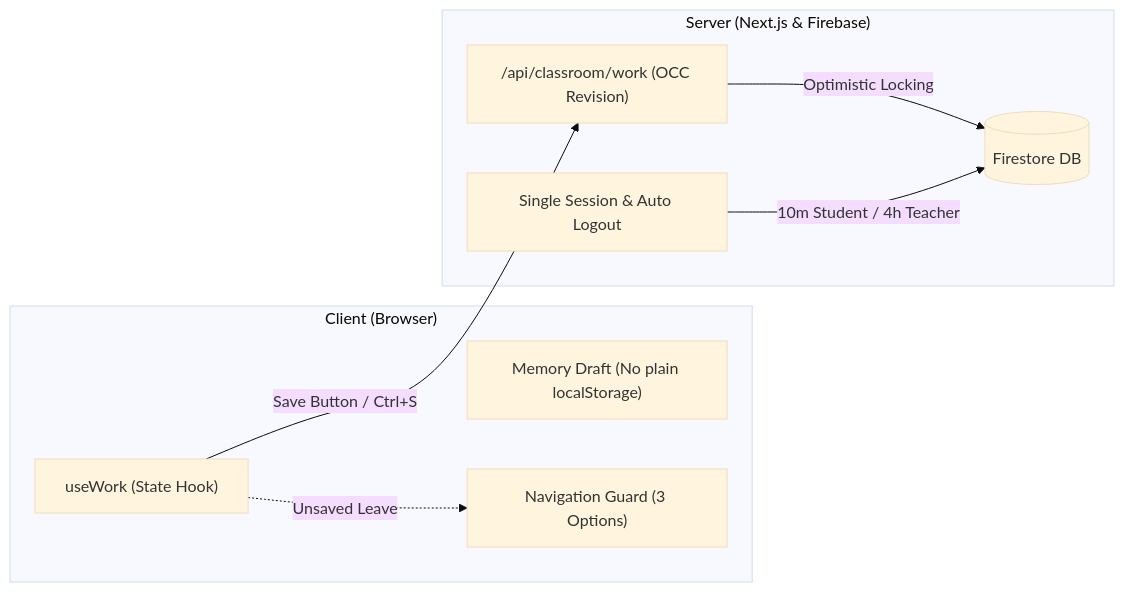
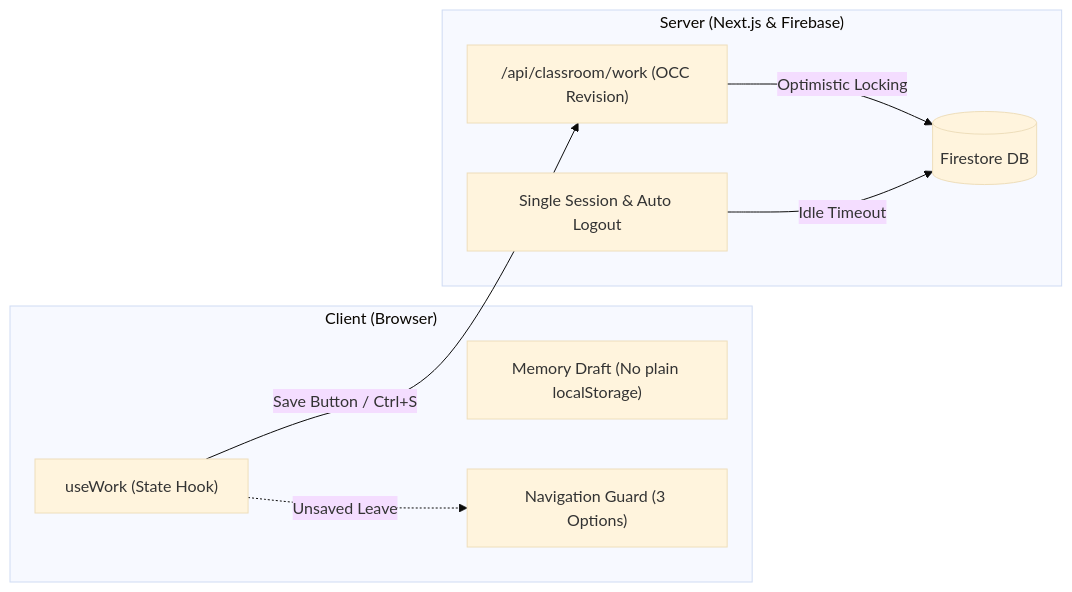
The diagram in README.md (DonghyunT/cs-class), drawn with Mermaid (base theme) before and after one commit. The commit also changed other lines of this file and 15 other files, not shown here.

````diff
--- a/README.md
+++ b/README.md
@@ -71,19 +39,19 @@
 ```mermaid
 flowchart LR
     subgraph Client ["Client (Browser)"]
         Work["useWork (State Hook)"]
         Draft["Memory Draft (No plain localStorage)"]
         Guard["Navigation Guard (3 Options)"]
     end
 
     subgraph Server ["Server (Next.js & Firebase)"]
         API["/api/classroom/work (OCC Revision)"]
         Auth["Single Session & Auto Logout"]
         DB[(Firestore DB)]
     end
 
     Work -->|Save Button / Ctrl+S| API
     Work -.->|Unsaved Leave| Guard
     API -->|Optimistic Locking| DB
-    Auth -->|10m Student / 4h Teacher| DB
+    Auth -->|Idle Timeout| DB
 ```
````
